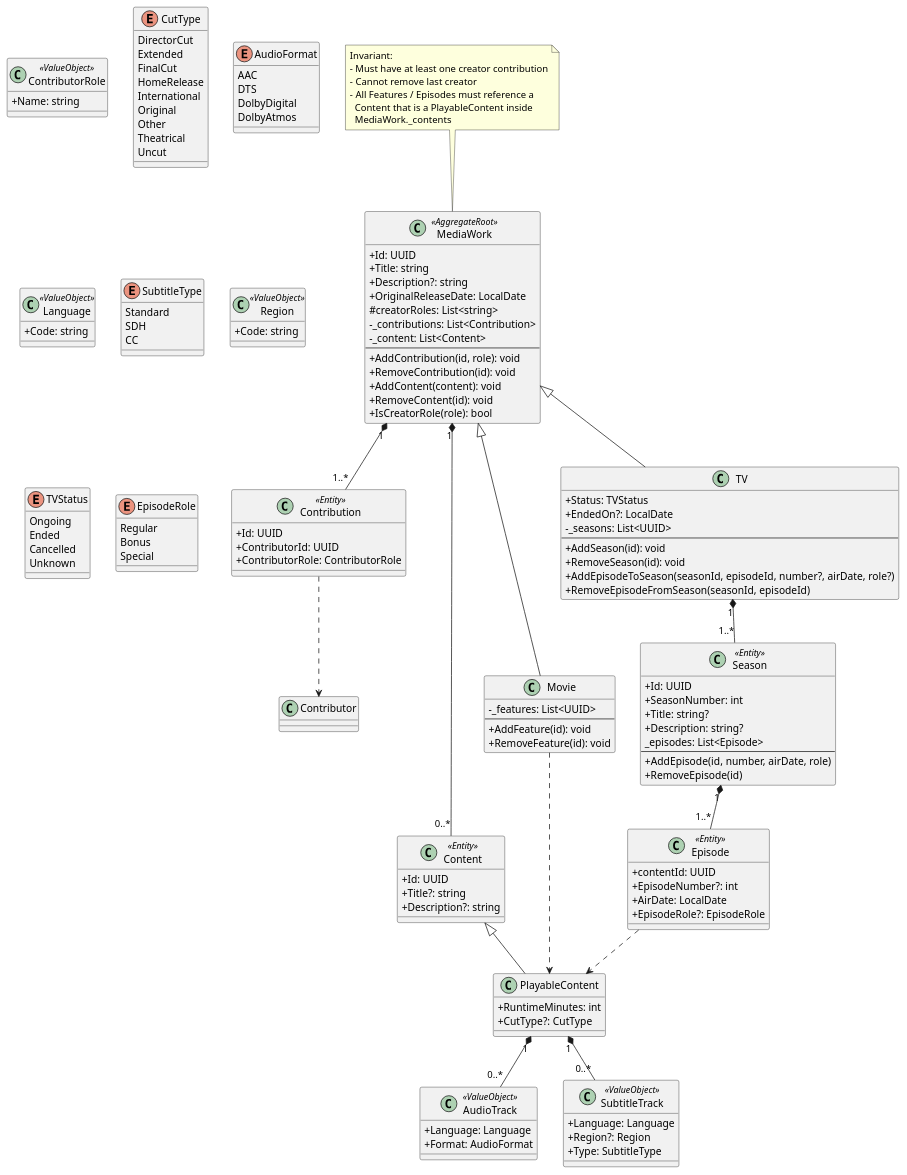
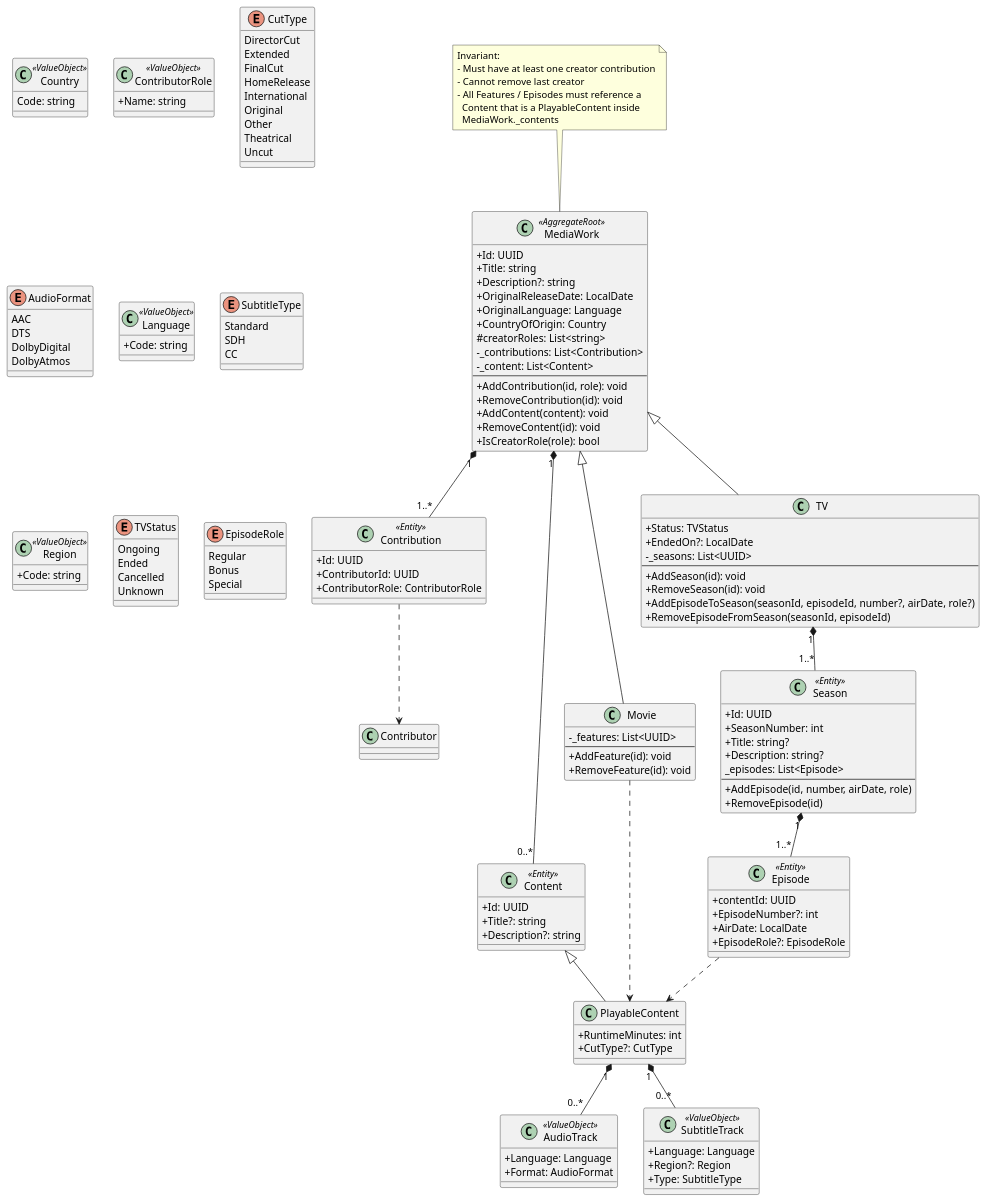
The diagram in docs/uml/domain/media_work.domain.puml (yantue/colleq), drawn with PlantUML before and after one commit. The commit also changed 1 other file, not shown here.

Commit message:
docs: Add some more origin metadata to mediawork

```diff
--- a/docs/uml/domain/media_work.domain.puml
+++ b/docs/uml/domain/media_work.domain.puml
@@ -1,171 +1,177 @@
 @startuml
 skinparam classAttributeIconSize 0
 
 ' ===== CORE =====
 class MediaWork <<AggregateRoot>> {
     +Id: UUID
     +Title: string
     +Description?: string
     +OriginalReleaseDate: LocalDate
+    +OriginalLanguage: Language
+    +CountryOfOrigin: Country
     #creatorRoles: List<string>
     -_contributions: List<Contribution>
     -_content: List<Content>
     --
     +AddContribution(id, role): void
     +RemoveContribution(id): void
     +AddContent(content): void
     +RemoveContent(id): void
     +IsCreatorRole(role): bool
 }
 
 note top of MediaWork
 Invariant:
 - Must have at least one creator contribution
 - Cannot remove last creator
 - All Features / Episodes must reference a
   Content that is a PlayableContent inside
   MediaWork._contents
 end note
+
+class Country <<ValueObject>> {
+    Code: string
+}
 
 ' ===== CONTRIBUTIONS =====
 class Contribution <<Entity>> {
     +Id: UUID
     +ContributorId: UUID
     +ContributorRole: ContributorRole
 }
 
 class ContributorRole <<ValueObject>> {
     +Name: string
 }
 
 MediaWork "1" *-- "1..*" Contribution
 
 ' ===== CONTENT =====
 class Content <<Entity>> {
     +Id: UUID
     +Title?: string
     +Description?: string
 }
 
 MediaWork "1" *-- "0..*" Content
 
 class PlayableContent {
     +RuntimeMinutes: int
     +CutType?: CutType
 }
 
 enum CutType {
     DirectorCut
     Extended
     FinalCut
     HomeRelease
     International
     Original
     Other
     Theatrical
     Uncut
 }
 
 Content <|-- PlayableContent
 
 class AudioTrack <<ValueObject>> {
     +Language: Language
     +Format: AudioFormat
 }
 
 enum AudioFormat {
     AAC
     DTS
     DolbyDigital
     DolbyAtmos
 }
 
 class Language <<ValueObject>> {
     +Code: string
 }
 
 PlayableContent "1" *-- "0..*" AudioTrack
 
 class SubtitleTrack <<ValueObject>> {
     +Language: Language
     +Region?: Region
     +Type: SubtitleType
 }
 
 enum SubtitleType {
     Standard
     SDH
     CC
 }
 
 class Region <<ValueObject>> {
     +Code: string
 }
 
 PlayableContent "1" *-- "0..*" SubtitleTrack
 
 ' ===== MOVIE =====
 class Movie {
     -_features: List<UUID>
     --
     +AddFeature(id): void
     +RemoveFeature(id): void
 }
 
 MediaWork <|-- Movie
 Movie ..> PlayableContent
 
 ' ===== TV =====
 class TV {
     +Status: TVStatus
     +EndedOn?: LocalDate
     -_seasons: List<UUID>
     --
     +AddSeason(id): void
     +RemoveSeason(id): void
     +AddEpisodeToSeason(seasonId, episodeId, number?, airDate, role?)
     +RemoveEpisodeFromSeason(seasonId, episodeId)
 }
 
 MediaWork <|-- TV
 
 enum TVStatus {
     Ongoing
     Ended
     Cancelled
     Unknown
 }
 
 class Season <<Entity>> {
     +Id: UUID
     +SeasonNumber: int
     +Title: string?
     +Description: string?
     _episodes: List<Episode>
     --
     +AddEpisode(id, number, airDate, role)
     +RemoveEpisode(id)
 }
 
 TV "1" *-- "1..*" Season
 
 class Episode <<Entity>> {
     +contentId: UUID
     +EpisodeNumber?: int
     +AirDate: LocalDate
     +EpisodeRole?: EpisodeRole
 }
 
 Season "1" *-- "1..*" Episode
 Episode ..> PlayableContent
 
 enum EpisodeRole {
     Regular
     Bonus
     Special
 }
 
 ' ===== CROSS-AGGREGATE REFERENCE =====
 Contribution ..> Contributor
 
 @enduml
```
